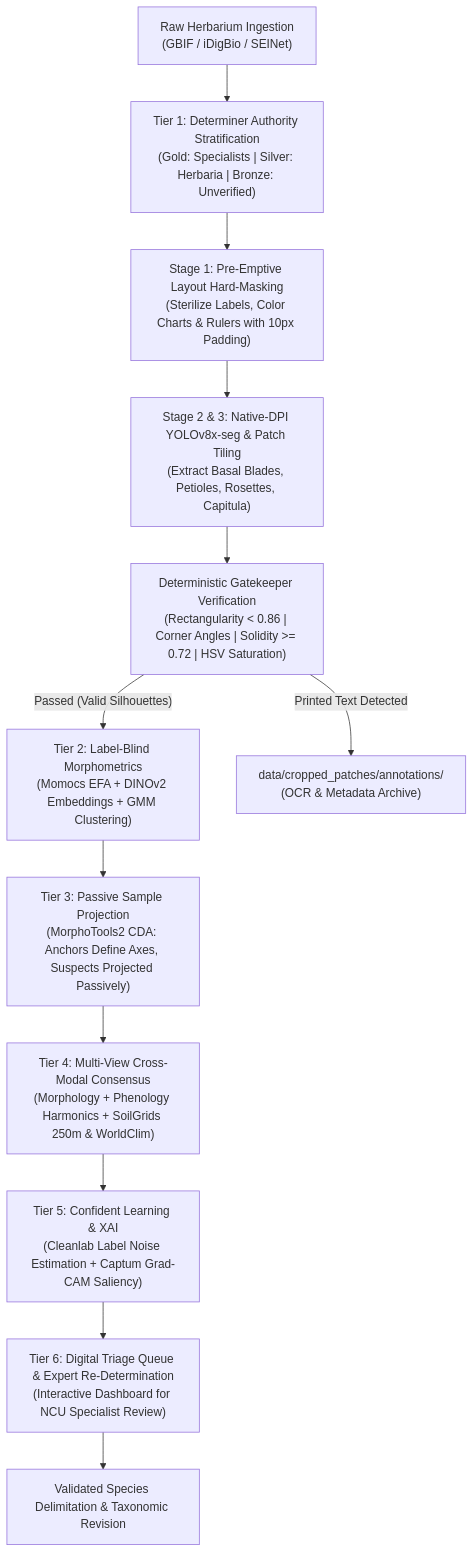
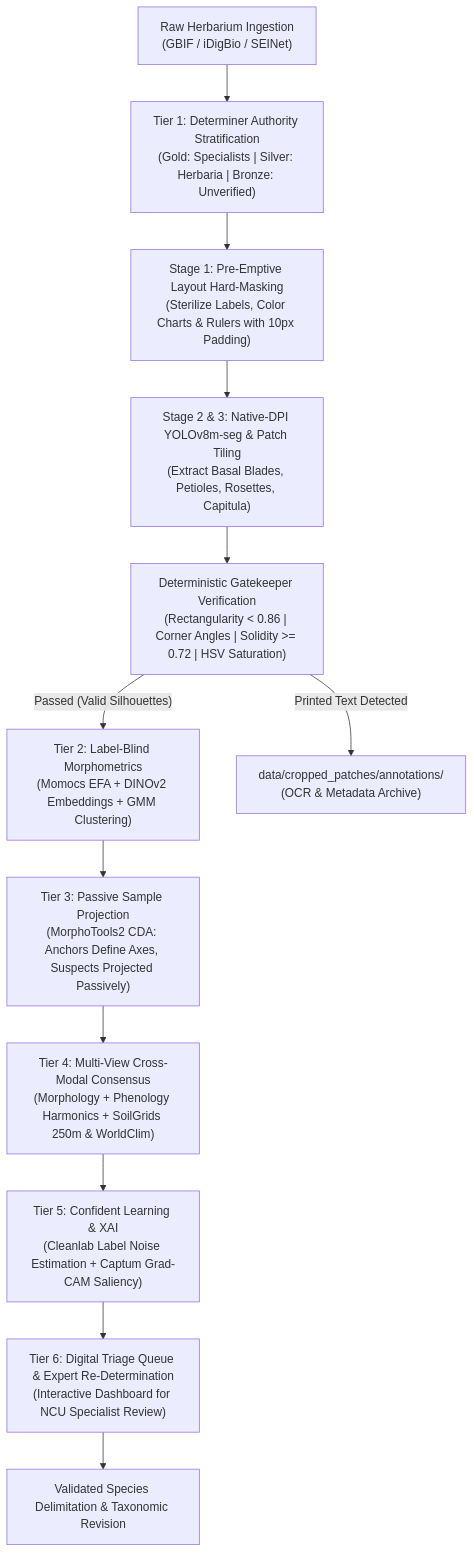
The diagram in README.md (Plantatsrophe/Packera_dubia_morphometrics), drawn with Mermaid before and after one commit. The commit also changed other lines of this file, not shown here.

Commit message:
refactor: update project documentation and scripts to reflect transition from YOLOv8x to YOLOv8m architecture

````diff
--- a/README.md
+++ b/README.md
@@ -38,14 +38,14 @@
 ```mermaid
 flowchart TD
     A["Raw Herbarium Ingestion\n(GBIF / iDigBio / SEINet)"] --> B["Tier 1: Determiner Authority Stratification\n(Gold: Specialists | Silver: Herbaria | Bronze: Unverified)"]
     B --> C["Stage 1: Pre-Emptive Layout Hard-Masking\n(Sterilize Labels, Color Charts & Rulers with 10px Padding)"]
-    C --> D["Stage 2 & 3: Native-DPI YOLOv8x-seg & Patch Tiling\n(Extract Basal Blades, Petioles, Rosettes, Capitula)"]
+    C --> D["Stage 2 & 3: Native-DPI YOLOv8m-seg & Patch Tiling\n(Extract Basal Blades, Petioles, Rosettes, Capitula)"]
     D --> E["Deterministic Gatekeeper Verification\n(Rectangularity < 0.86 | Corner Angles | Solidity >= 0.72 | HSV Saturation)"]
     E -->|"Passed (Valid Silhouettes)"| F["Tier 2: Label-Blind Morphometrics\n(Momocs EFA + DINOv2 Embeddings + GMM Clustering)"]
     E -->|"Printed Text Detected"| G["data/cropped_patches/annotations/\n(OCR & Metadata Archive)"]
     F --> H["Tier 3: Passive Sample Projection\n(MorphoTools2 CDA: Anchors Define Axes, Suspects Projected Passively)"]
     H --> I["Tier 4: Multi-View Cross-Modal Consensus\n(Morphology + Phenology Harmonics + SoilGrids 250m & WorldClim)"]
     I --> J["Tier 5: Confident Learning & XAI\n(Cleanlab Label Noise Estimation + Captum Grad-CAM Saliency)"]
     J --> K["Tier 6: Digital Triage Queue & Expert Re-Determination\n(Interactive Dashboard for NCU Specialist Review)"]
     K --> L["Validated Species Delimitation & Taxonomic Revision"]
 ```
````
